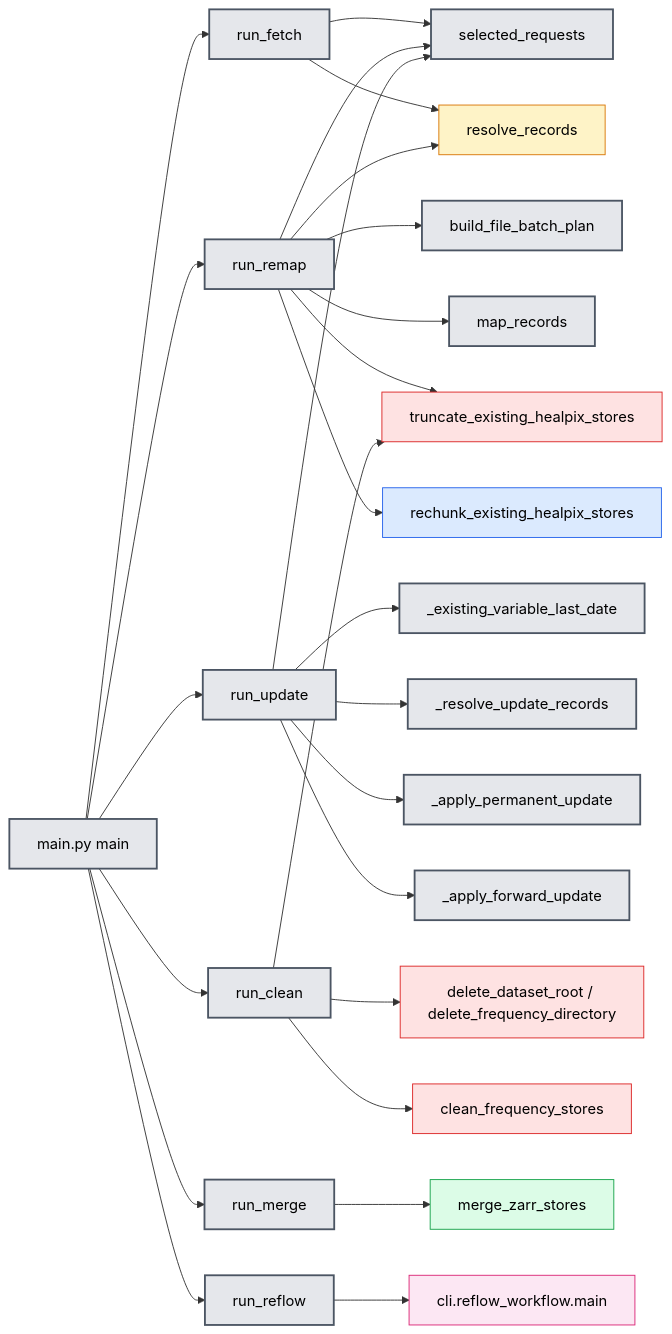
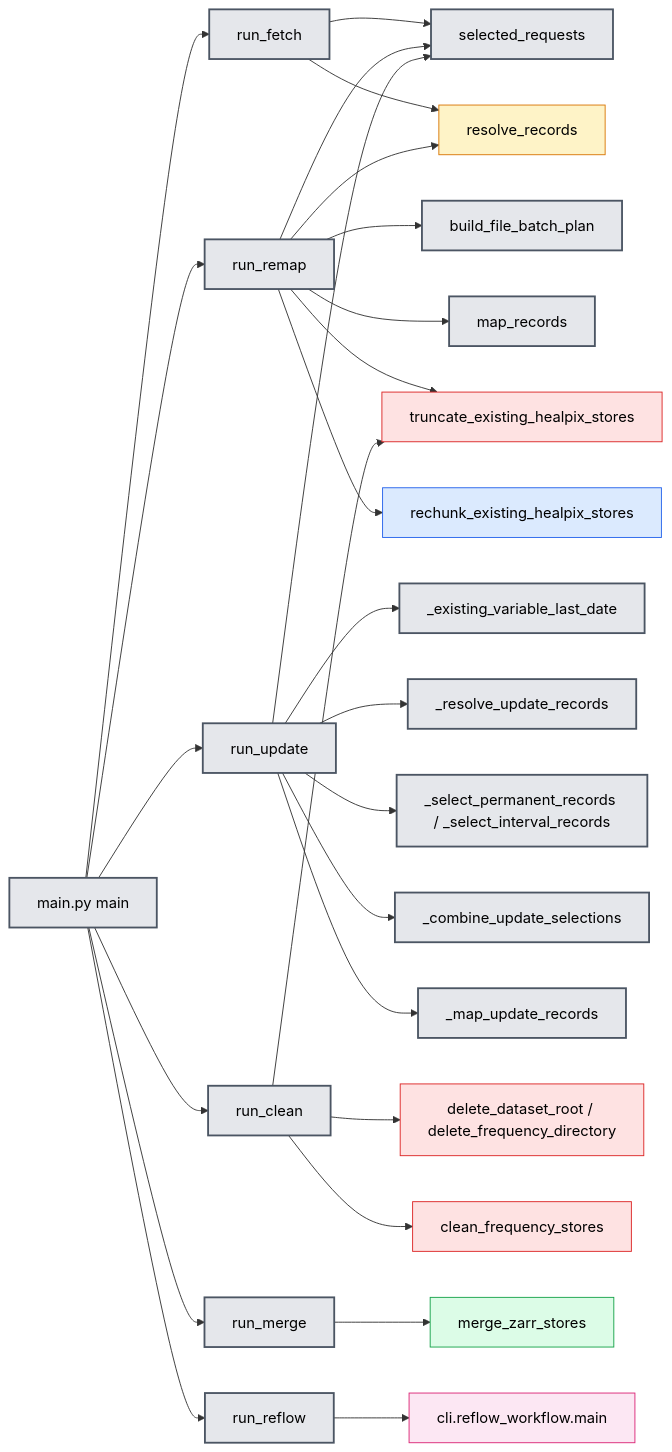
The first of 11 diagrams in scripts/era5land/FUNCTION_CALL_GRAPH.md (freva-org/grid-doctor), drawn with Mermaid before and after one commit. The commit also changed other lines of this file and 7 other files, not shown here.

````diff
--- a/scripts/era5land/FUNCTION_CALL_GRAPH.md
+++ b/scripts/era5land/FUNCTION_CALL_GRAPH.md
@@ -34,39 +34,40 @@
 ```mermaid
 flowchart LR
     CLI[main.py main]:::remapper --> FETCH[run_fetch]:::remapper
     CLI --> REMAP[run_remap]:::remapper
     CLI --> UPDATE[run_update]:::remapper
     CLI --> CLEAN[run_clean]:::remapper
     CLI --> MERGE[run_merge]:::remapper
     CLI --> REFLOW[run_reflow]:::remapper
 
     FETCH --> REQUESTS[selected_requests]:::remapper
     FETCH --> RESOLVE[resolve_records]:::file_fetcher
 
     REMAP --> REQUESTS
     REMAP --> RESOLVE
     REMAP --> BATCH[build_file_batch_plan]:::remapper
     REMAP --> MAP[map_records]:::remapper
     REMAP --> TRUNCATE[truncate_existing_healpix_stores]:::cleanup
     REMAP --> RECHUNK[rechunk_existing_healpix_stores]:::mapper
 
     UPDATE --> REQUESTS
     UPDATE --> LAST[_existing_variable_last_date]:::remapper
     UPDATE --> UPDATE_RECORDS[_resolve_update_records]:::remapper
-    UPDATE --> PERMANENT[_apply_permanent_update]:::remapper
-    UPDATE --> FORWARD[_apply_forward_update]:::remapper
+    UPDATE --> SELECT[_select_permanent_records / _select_interval_records]:::remapper
+    UPDATE --> COMBINED[_combine_update_selections]:::remapper
+    UPDATE --> MAP_UPDATE[_map_update_records]:::remapper
 
     CLEAN --> TRUNCATE
     CLEAN --> DELETE[delete_dataset_root / delete_frequency_directory]:::cleanup
     CLEAN --> REMOVE[clean_frequency_stores]:::cleanup
 
     MERGE --> MERGE_STORES[merge_zarr_stores]:::zarr_publisher
     REFLOW --> WORKFLOW[cli.reflow_workflow.main]:::reflow_cli
 
     classDef remapper fill:#e5e7eb,stroke:#4b5563,color:#000000,stroke-width:2px
     classDef file_fetcher fill:#fef3c7,stroke:#d97706,color:#000000
     classDef cleanup fill:#fee2e2,stroke:#dc2626,color:#000000
     classDef mapper fill:#dbeafe,stroke:#2563eb,color:#000000
     classDef zarr_publisher fill:#dcfce7,stroke:#16a34a,color:#000000
     classDef reflow_cli fill:#fce7f3,stroke:#db2777,color:#000000
 ```
````
